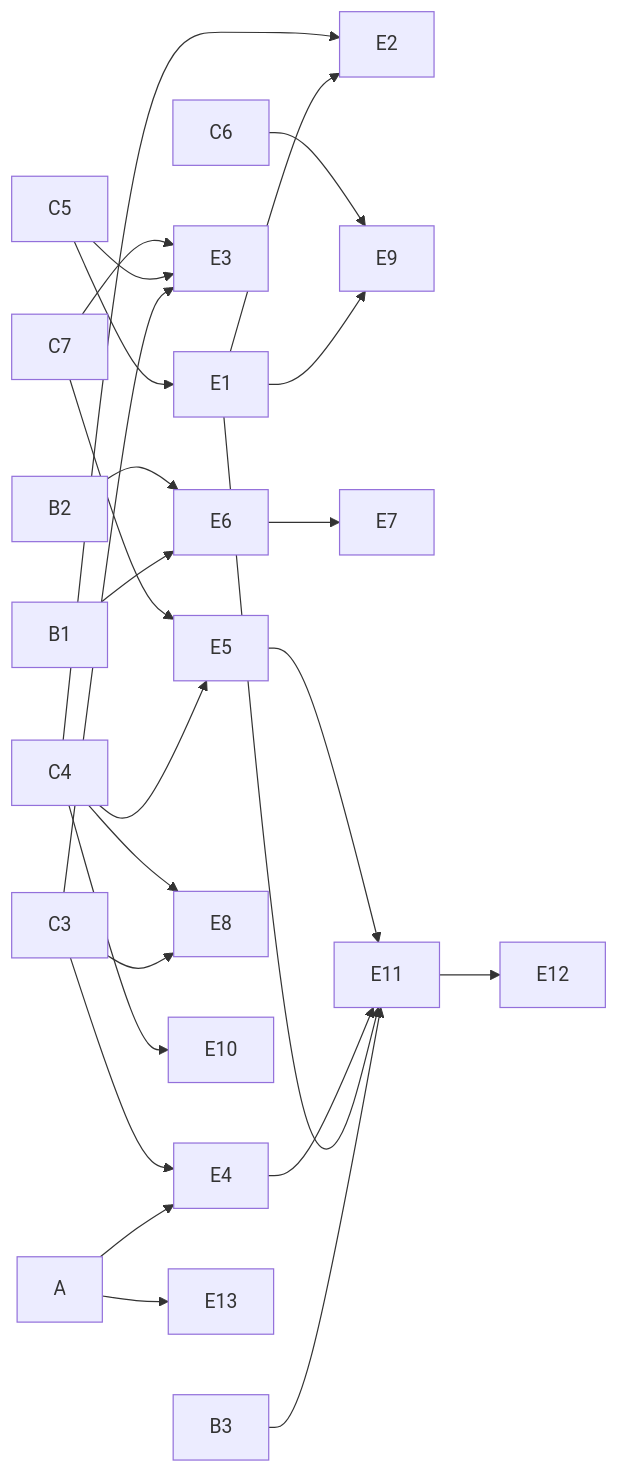
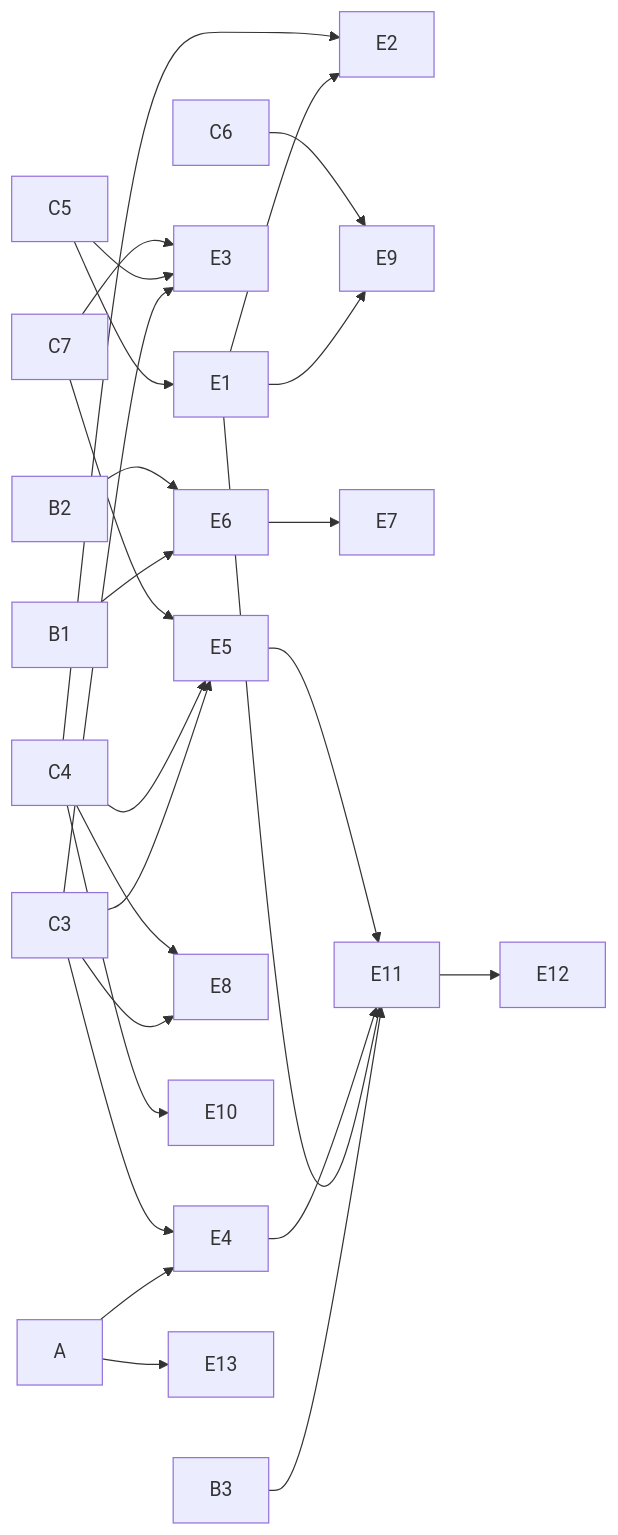
Before and after one commit to HoyoungParkme/Insurance-Helper: the second of 2 diagrams in docs/specs/11-CODE/INS-CODE-002.md, drawn with Mermaid. The commit also changed other lines of this file, not shown here.

````diff
--- a/docs/specs/11-CODE/INS-CODE-002.md
+++ b/docs/specs/11-CODE/INS-CODE-002.md
@@ -256,26 +256,27 @@
 ```mermaid
 flowchart LR
   C5 --> E1 --> E2
   C4 --> E2
   E1 --> E9
   C6 --> E9
   C3 --> E3
   C5 --> E3
   C7 --> E3
   A --> E4
   C3 --> E4
+  C3 --> E5
   C4 --> E5
   C7 --> E5
   B1 --> E6
   B2 --> E6
   E6 --> E7
   C3 --> E8
   C4 --> E8
   C4 --> E10
   B3 --> E11
   E1 --> E11
   E4 --> E11
   E5 --> E11
   E11 --> E12
   A --> E13
 ```
````
